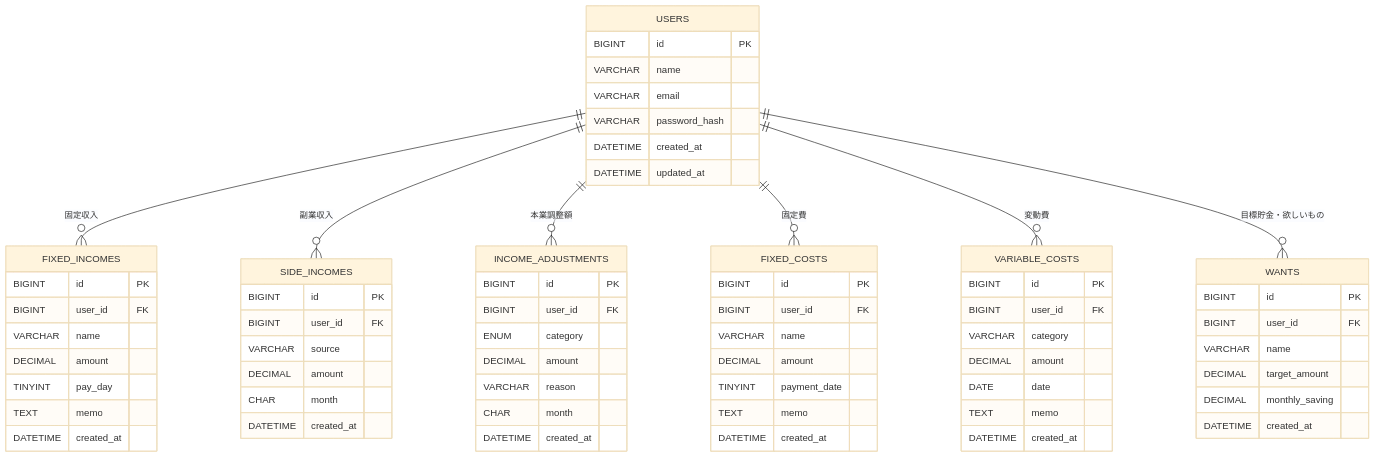
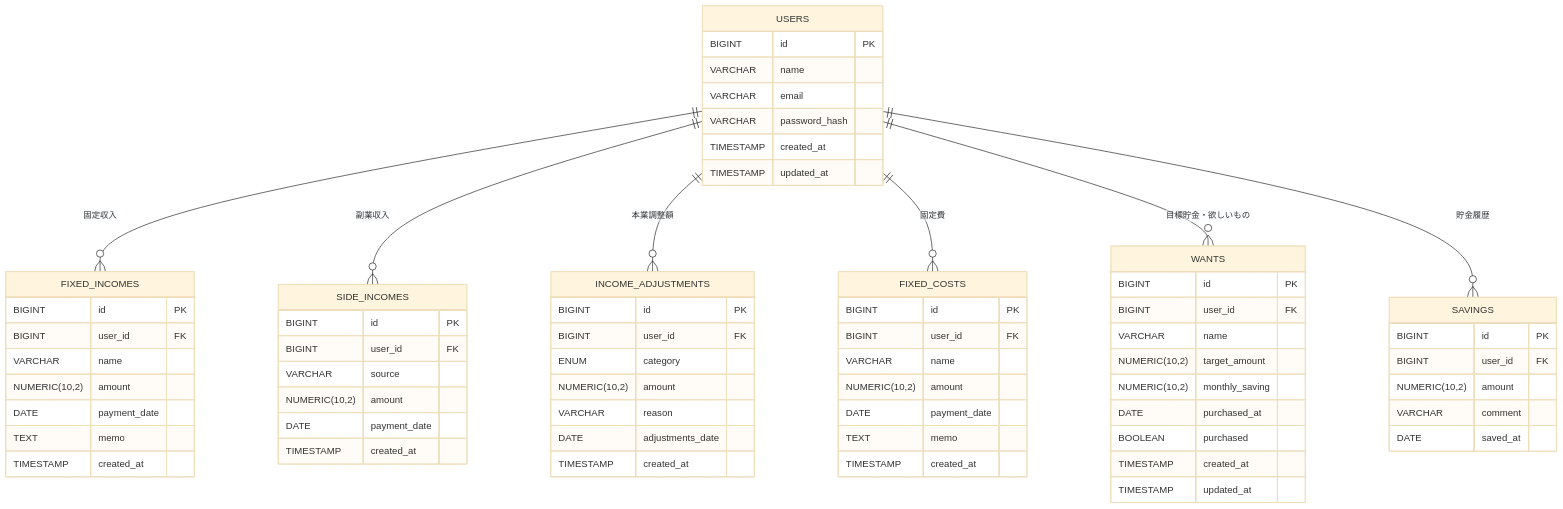
One commit to ryutaKimu/kakebo changed the diagram in mermaid.mmd. Above: the diagram before and after it, drawn with Mermaid (base theme).

Commit message:
modify sequence diagram

```diff
--- a/mermaid.mmd
+++ b/mermaid.mmd
@@ -1,83 +1,84 @@
 erDiagram
     %% ===== ユーザー =====
     USERS {
         BIGINT id PK
         VARCHAR name
         VARCHAR email
         VARCHAR password_hash
-        DATETIME created_at
-        DATETIME updated_at
+        TIMESTAMP created_at
+        TIMESTAMP updated_at
     }
 
     %% ===== 収入系 =====
     FIXED_INCOMES {
         BIGINT id PK
         BIGINT user_id FK
         VARCHAR name
-        DECIMAL amount
-        TINYINT pay_day
+        NUMERIC(10,2) amount
+        DATE payment_date
         TEXT memo
-        DATETIME created_at
+        TIMESTAMP created_at
     }
 
     SIDE_INCOMES {
         BIGINT id PK
         BIGINT user_id FK
         VARCHAR source
-        DECIMAL amount
-        CHAR month
-        DATETIME created_at
+        NUMERIC(10,2) amount
+        DATE payment_date
+        TIMESTAMP created_at
     }
 
     INCOME_ADJUSTMENTS {
         BIGINT id PK
         BIGINT user_id FK
         ENUM category
-        DECIMAL amount
+        NUMERIC(10,2) amount
         VARCHAR reason
-        CHAR month
-        DATETIME created_at
+        DATE adjustments_date
+        TIMESTAMP created_at
     }
 
     %% ===== 支出系 =====
     FIXED_COSTS {
         BIGINT id PK
         BIGINT user_id FK
         VARCHAR name
-        DECIMAL amount
-        TINYINT payment_date
+        NUMERIC(10,2) amount
+        DATE payment_date
         TEXT memo
-        DATETIME created_at
+        TIMESTAMP created_at
     }
-
-    VARIABLE_COSTS {
-        BIGINT id PK
-        BIGINT user_id FK
-        VARCHAR category
-        DECIMAL amount
-        DATE date
-        TEXT memo
-        DATETIME created_at
-    }
-
     %% ===== 目標系 =====
     WANTS {
         BIGINT id PK
         BIGINT user_id FK
         VARCHAR name
-        DECIMAL target_amount
-        DECIMAL monthly_saving
-        DATETIME created_at
+        NUMERIC(10,2) target_amount
+        NUMERIC(10,2) monthly_saving
+        DATE purchased_at
+        BOOLEAN purchased
+        TIMESTAMP created_at
+        TIMESTAMP updated_at
+    }
+
+    %% ===== 貯金 =====
+    SAVINGS {
+        BIGINT id PK
+        BIGINT user_id FK
+        NUMERIC(10,2) amount
+        VARCHAR comment
+        DATE saved_at
     }
 
     %% ===== 関係 =====
     USERS ||--o{ FIXED_INCOMES : "固定収入"
     USERS ||--o{ SIDE_INCOMES : "副業収入"
     USERS ||--o{ INCOME_ADJUSTMENTS : "本業調整額"
     USERS ||--o{ FIXED_COSTS : "固定費"
-    USERS ||--o{ VARIABLE_COSTS : "変動費"
     USERS ||--o{ WANTS : "目標貯金・欲しいもの"
+    USERS ||--o{ SAVINGS : "貯金履歴"
 
     %% ===== 履歴テーブルの補足 =====
     %% HISTORY_FIXED_INCOME, HISTORY_SIDE_INCOME, HISTORY_INCOME_ADJUSTMENTS, HISTORY_VARIABLE_COSTS
-    %% は現行テーブルと同構造で、月次スナップショット用
+    %% は現行テーブルと同構造で
```
